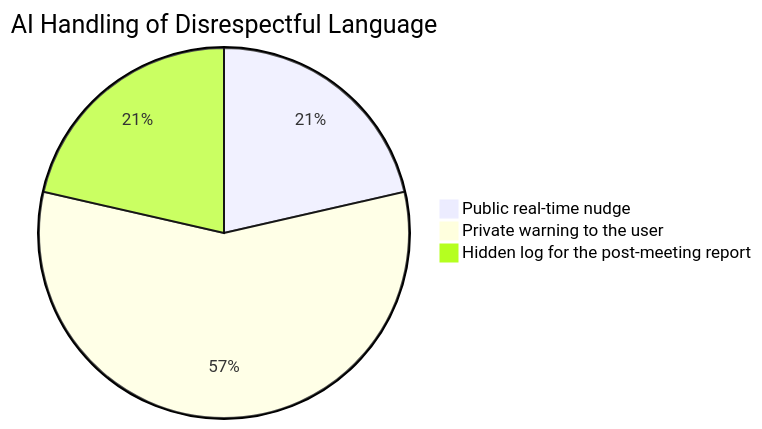
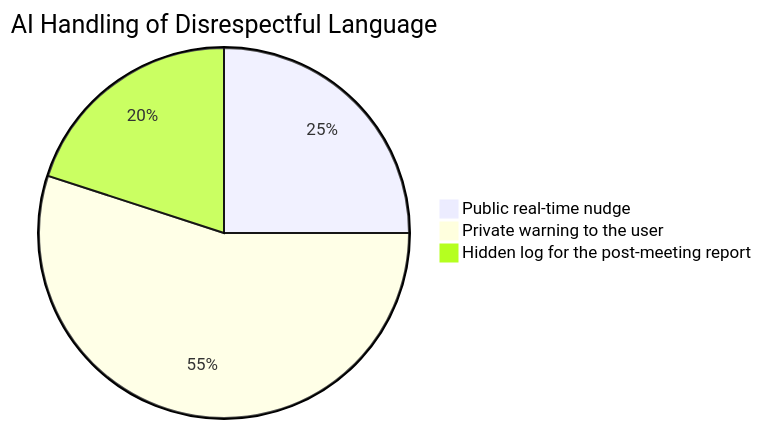
One commit to TheAyoosh/MeetScribe-AI changed the fourth of 6 diagrams in documents/customer-interview-record.md. Above: the diagram before and after it, drawn with Mermaid. The commit also changed other lines of this file and 3 other files, not shown here.

````diff
--- a/documents/customer-interview-record.md
+++ b/documents/customer-interview-record.md
@@ -67,6 +67,6 @@
 ```mermaid
 pie title AI Handling of Disrespectful Language
-    "Public real-time nudge" : 6
-    "Private warning to the user" : 16
-    "Hidden log for the post-meeting report" : 6
+    "Public real-time nudge" : 10
+    "Private warning to the user" : 22
+    "Hidden log for the post-meeting report" : 8
 ```
````
